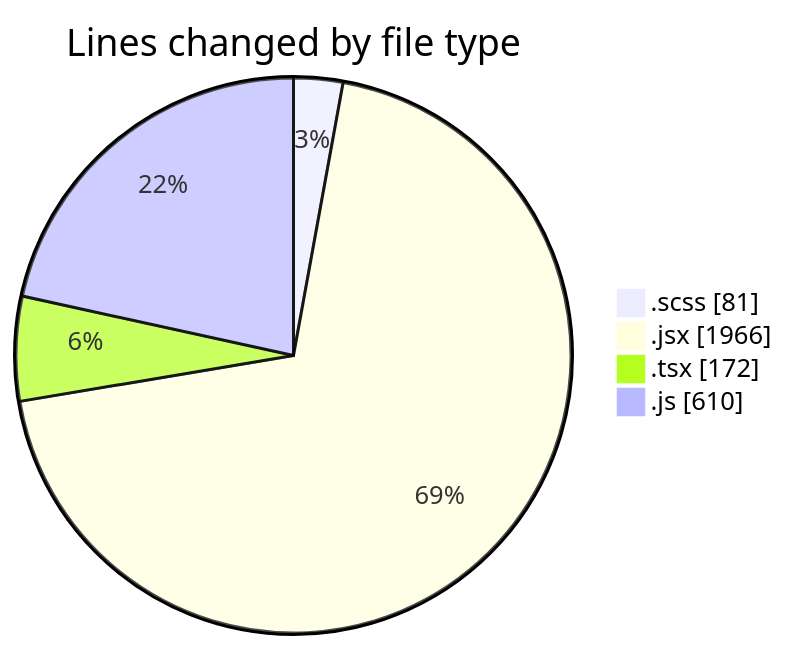
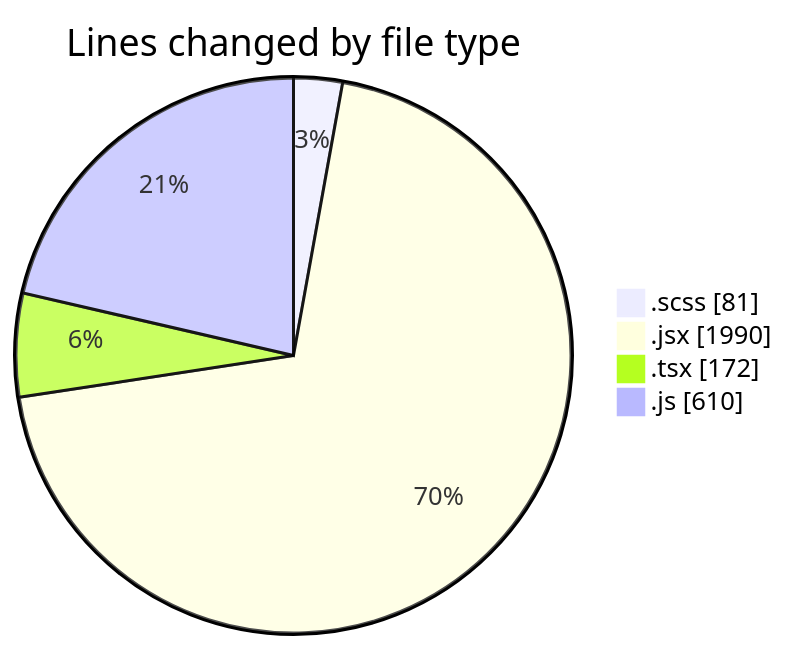
The first of 2 diagrams in 2025-06-03/cda/README.md (momahboobian/code-tracking), drawn with Mermaid before and after one commit. The commit also changed other lines of this file and 1 other file, not shown here.

````diff
--- a/2025-06-03/cda/README.md
+++ b/2025-06-03/cda/README.md
@@ -25,8 +25,8 @@
 ```mermaid
 pie showData
 title Lines changed by file type
 ".scss" : 81
-".jsx" : 1966
+".jsx" : 1990
 ".tsx" : 172
 ".js" : 610
 ```
````
